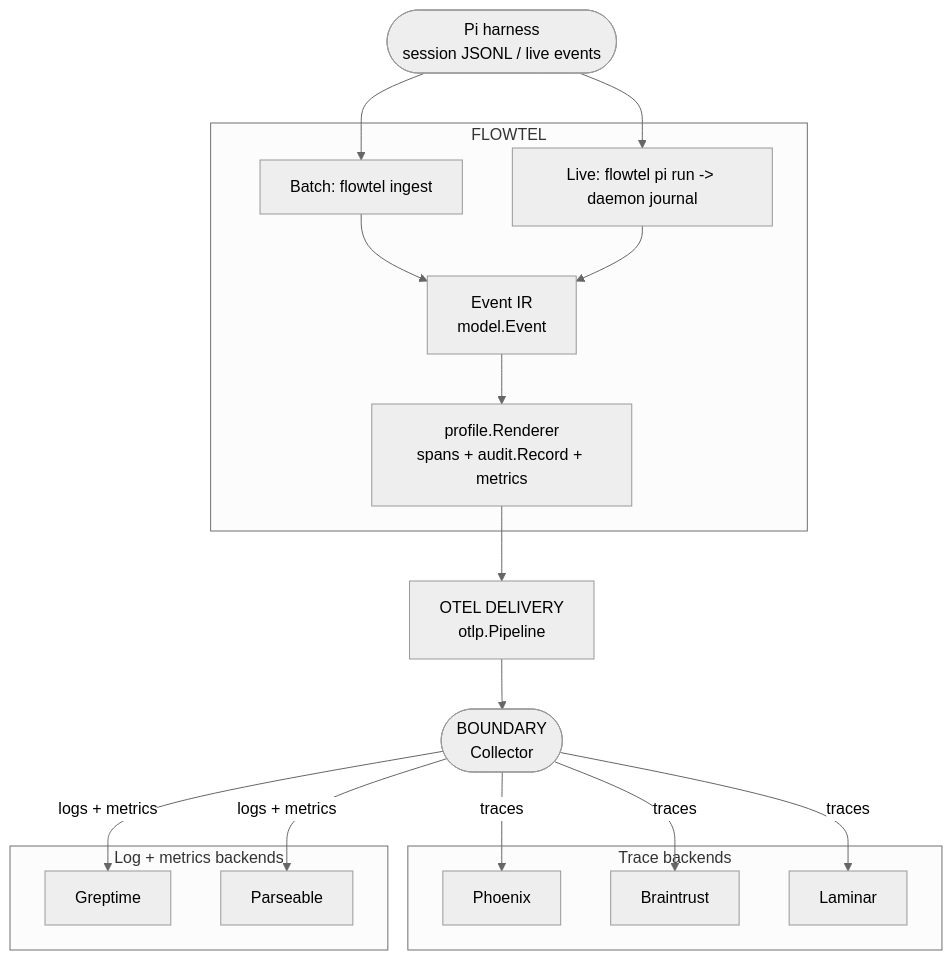
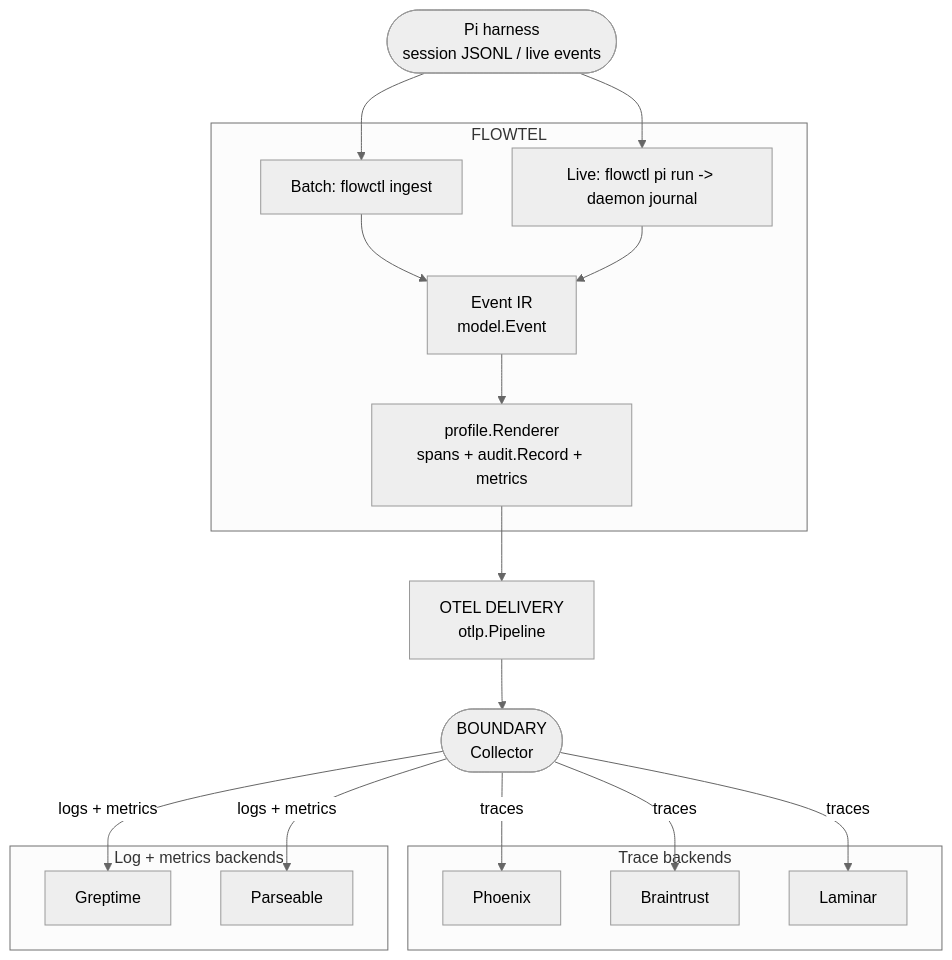
Before and after one commit to atharvamhaske/flowtel: the diagram in README.md, drawn with Mermaid (neutral theme). The commit also changed other lines of this file and 2 other files, not shown here.

Commit message:
chore: rename cli binary from flowtel to flowctl

````diff
--- a/README.md
+++ b/README.md
@@ -7,37 +7,37 @@
 ```mermaid
 flowchart TB
   pi([Pi harness<br/>session JSONL / live events])
 
   subgraph flowtel["FLOWTEL"]
-    batch["Batch: flowtel ingest"]
-    live["Live: flowtel pi run -> daemon journal"]
+    batch["Batch: flowctl ingest"]
+    live["Live: flowctl pi run -> daemon journal"]
     ir["Event IR<br/>model.Event"]
     render["profile.Renderer<br/>spans + audit.Record + metrics"]
   end
 
   pipeline["OTEL DELIVERY<br/>otlp.Pipeline"]
   boundary(["BOUNDARY<br/>Collector"])
 
   subgraph traces["Trace backends"]
     phoenix["Phoenix"]
     braintrust["Braintrust"]
     laminar["Laminar"]
   end
   subgraph logsmetrics["Log + metrics backends"]
     greptime["Greptime"]
     parseable["Parseable"]
   end
 
   pi --> batch
   pi --> live
   batch --> ir
   live --> ir
   ir --> render
   render --> pipeline
   pipeline --> boundary
   boundary -- traces --> phoenix
   boundary -- traces --> braintrust
   boundary -- traces --> laminar
   boundary -- "logs + metrics" --> greptime
   boundary -- "logs + metrics" --> parseable
 ```
````
